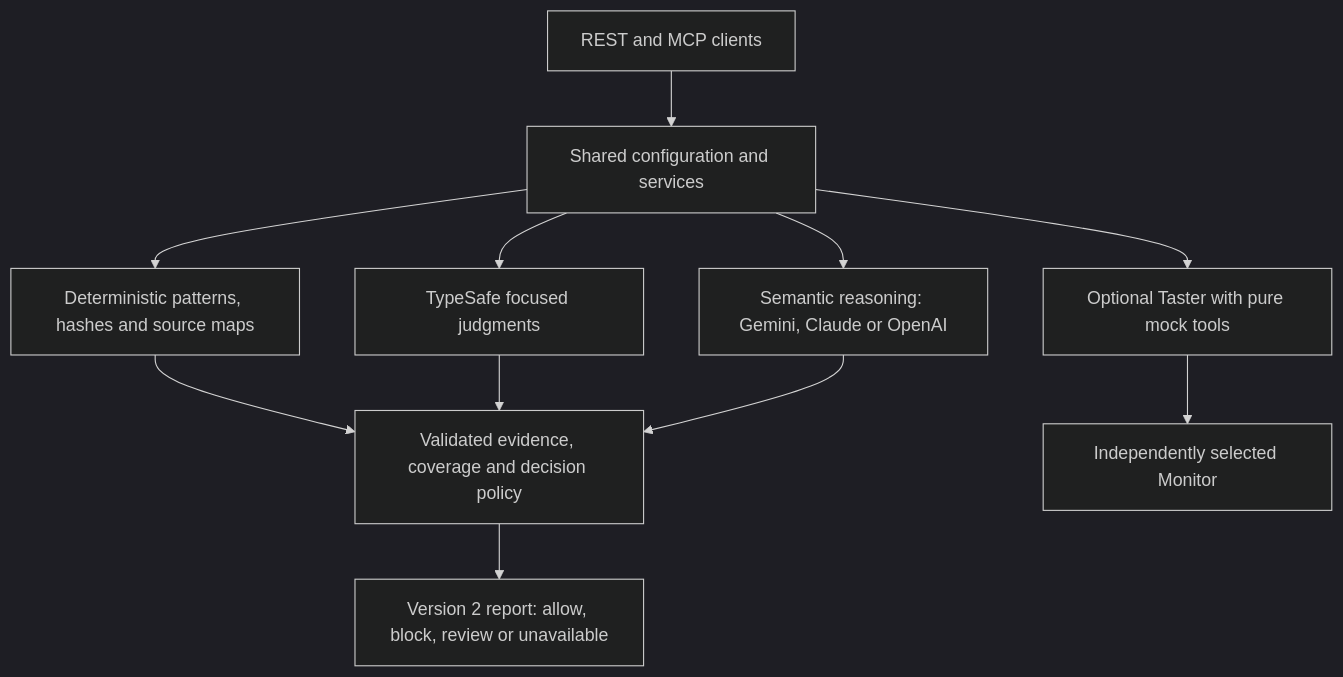
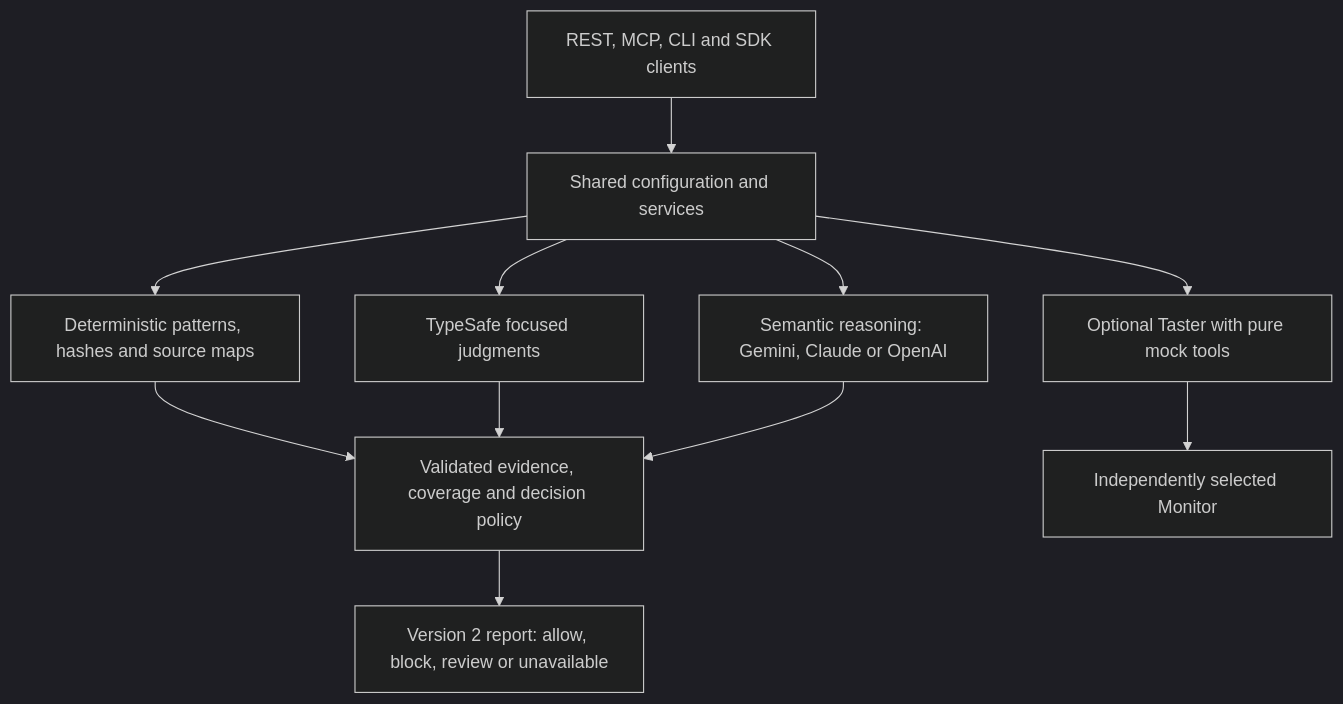
One commit to revsmoke/promptrejectormcp changed the diagram in docs/feature-reference.md. Above: the diagram before and after it, drawn with Mermaid (dark theme). The commit also changed other lines of this file and 27 other files, not shown here.

Commit message:
feat: add automation CLI and typed JavaScript SDK

````diff
--- a/docs/feature-reference.md
+++ b/docs/feature-reference.md
@@ -333,13 +335,13 @@
 ```mermaid
 flowchart TD
-    API[REST and MCP clients] --> Graph[Shared configuration and services]
+    API[REST, MCP, CLI and SDK clients] --> Graph[Shared configuration and services]
     Graph --> Local[Deterministic patterns, hashes and source maps]
     Graph --> Jev[TypeSafe focused judgments]
     Graph --> Reasoner[Semantic reasoning: Gemini, Claude or OpenAI]
     Local --> Policy[Validated evidence, coverage and decision policy]
     Jev --> Policy
     Reasoner --> Policy
     Policy --> Report[Version 2 report: allow, block, review or unavailable]
     Graph --> Taster[Optional Taster with pure mock tools]
     Taster --> Monitor[Independently selected Monitor]
 ```
````
